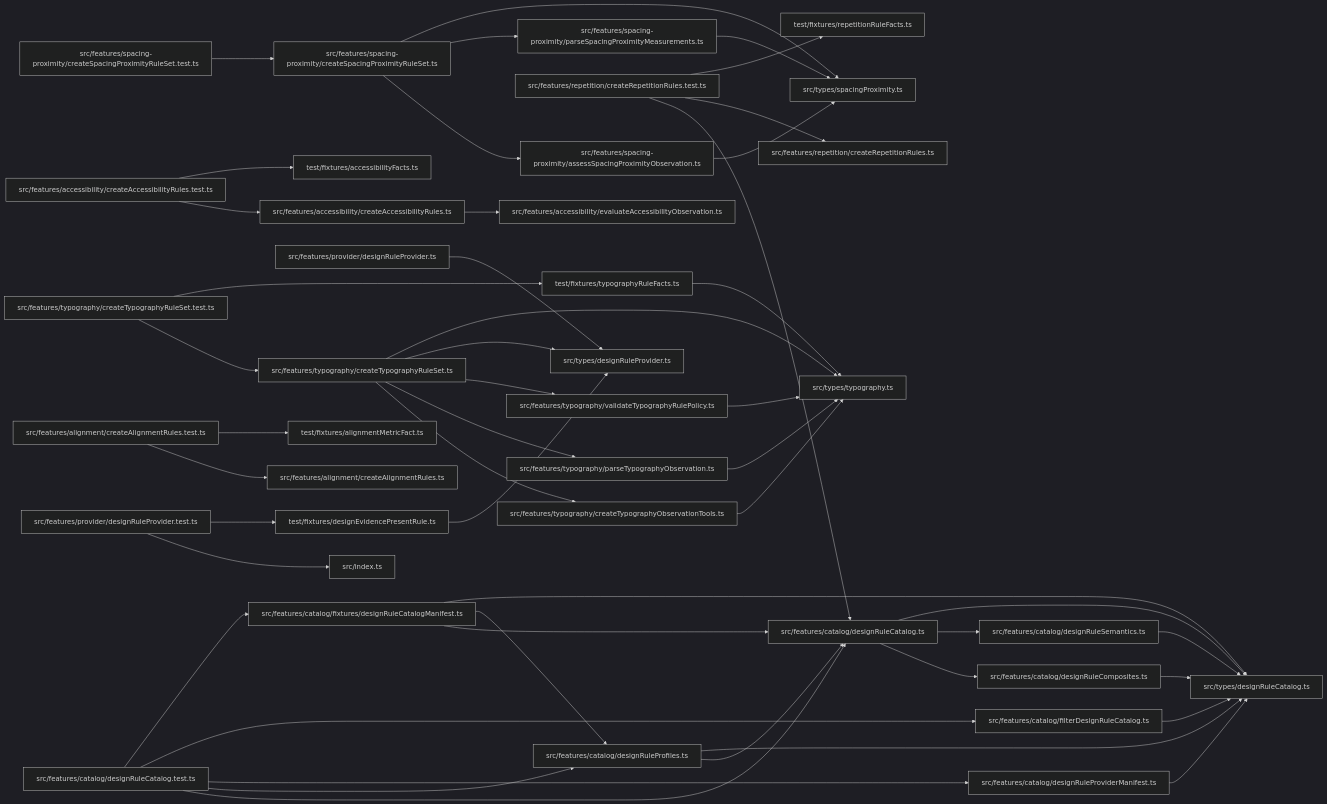
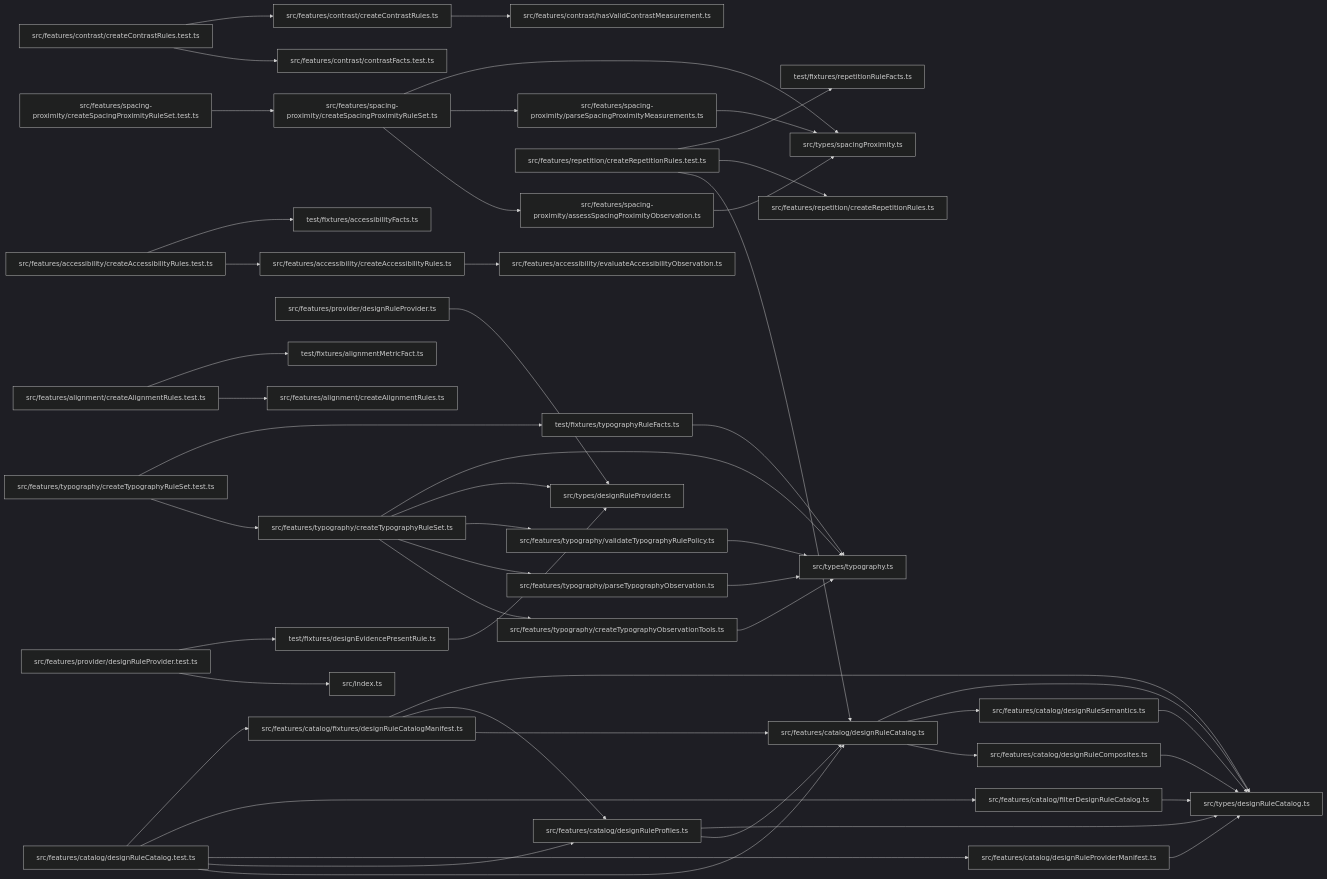
Before and after one commit to ankhorage/rules-design: the diagram in paradox/diagrams/module-relationships.mmd, drawn with Mermaid (dark theme). The commit also changed 9 other files, not shown here.

```diff
--- a/paradox/diagrams/module-relationships.mmd
+++ b/paradox/diagrams/module-relationships.mmd
@@ -1,83 +1,90 @@
 graph LR
   module_src_features_accessibility_createAccessibilityRules_test_ts["src/features/accessibility/createAccessibilityRules.test.ts"]
   module_src_features_accessibility_createAccessibilityRules_ts["src/features/accessibility/createAccessibilityRules.ts"]
   module_src_features_accessibility_evaluateAccessibilityObservation_ts["src/features/accessibility/evaluateAccessibilityObservation.ts"]
   module_src_features_alignment_createAlignmentRules_test_ts["src/features/alignment/createAlignmentRules.test.ts"]
   module_src_features_alignment_createAlignmentRules_ts["src/features/alignment/createAlignmentRules.ts"]
   module_src_features_catalog_designRuleCatalog_test_ts["src/features/catalog/designRuleCatalog.test.ts"]
   module_src_features_catalog_designRuleCatalog_ts["src/features/catalog/designRuleCatalog.ts"]
   module_src_features_catalog_designRuleComposites_ts["src/features/catalog/designRuleComposites.ts"]
   module_src_features_catalog_designRuleProfiles_ts["src/features/catalog/designRuleProfiles.ts"]
   module_src_features_catalog_designRuleProviderManifest_ts["src/features/catalog/designRuleProviderManifest.ts"]
   module_src_features_catalog_designRuleSemantics_ts["src/features/catalog/designRuleSemantics.ts"]
   module_src_features_catalog_filterDesignRuleCatalog_ts["src/features/catalog/filterDesignRuleCatalog.ts"]
   module_src_features_catalog_fixtures_designRuleCatalogManifest_ts["src/features/catalog/fixtures/designRuleCatalogManifest.ts"]
+  module_src_features_contrast_contrastFacts_test_ts["src/features/contrast/contrastFacts.test.ts"]
+  module_src_features_contrast_createContrastRules_test_ts["src/features/contrast/createContrastRules.test.ts"]
+  module_src_features_contrast_createContrastRules_ts["src/features/contrast/createContrastRules.ts"]
+  module_src_features_contrast_hasValidContrastMeasurement_ts["src/features/contrast/hasValidContrastMeasurement.ts"]
   module_src_features_provider_designRuleProvider_test_ts["src/features/provider/designRuleProvider.test.ts"]
   module_src_features_provider_designRuleProvider_ts["src/features/provider/designRuleProvider.ts"]
   module_src_features_repetition_createRepetitionRules_test_ts["src/features/repetition/createRepetitionRules.test.ts"]
   module_src_features_repetition_createRepetitionRules_ts["src/features/repetition/createRepetitionRules.ts"]
   module_src_features_spacing_proximity_assessSpacingProximityObservation_ts["src/features/spacing-proximity/assessSpacingProximityObservation.ts"]
   module_src_features_spacing_proximity_createSpacingProximityRuleSet_test_ts["src/features/spacing-proximity/createSpacingProximityRuleSet.test.ts"]
   module_src_features_spacing_proximity_createSpacingProximityRuleSet_ts["src/features/spacing-proximity/createSpacingProximityRuleSet.ts"]
   module_src_features_spacing_proximity_parseSpacingProximityMeasurements_ts["src/features/spacing-proximity/parseSpacingProximityMeasurements.ts"]
   module_src_features_typography_createTypographyObservationTools_ts["src/features/typography/createTypographyObservationTools.ts"]
   module_src_features_typography_createTypographyRuleSet_test_ts["src/features/typography/createTypographyRuleSet.test.ts"]
   module_src_features_typography_createTypographyRuleSet_ts["src/features/typography/createTypographyRuleSet.ts"]
   module_src_features_typography_parseTypographyObservation_ts["src/features/typography/parseTypographyObservation.ts"]
   module_src_features_typography_validateTypographyRulePolicy_ts["src/features/typography/validateTypographyRulePolicy.ts"]
   module_src_index_ts["src/index.ts"]
   module_src_types_designRuleCatalog_ts["src/types/designRuleCatalog.ts"]
   module_src_types_designRuleProvider_ts["src/types/designRuleProvider.ts"]
   module_src_types_spacingProximity_ts["src/types/spacingProximity.ts"]
   module_src_types_typography_ts["src/types/typography.ts"]
   module_test_fixtures_accessibilityFacts_ts["test/fixtures/accessibilityFacts.ts"]
   module_test_fixtures_alignmentMetricFact_ts["test/fixtures/alignmentMetricFact.ts"]
   module_test_fixtures_designEvidencePresentRule_ts["test/fixtures/designEvidencePresentRule.ts"]
   module_test_fixtures_repetitionRuleFacts_ts["test/fixtures/repetitionRuleFacts.ts"]
   module_test_fixtures_typographyRuleFacts_ts["test/fixtures/typographyRuleFacts.ts"]
   module_src_features_accessibility_createAccessibilityRules_test_ts --> module_src_features_accessibility_createAccessibilityRules_ts
   module_src_features_accessibility_createAccessibilityRules_test_ts --> module_test_fixtures_accessibilityFacts_ts
   module_src_features_accessibility_createAccessibilityRules_ts --> module_src_features_accessibility_evaluateAccessibilityObservation_ts
   module_src_features_alignment_createAlignmentRules_test_ts --> module_src_features_alignment_createAlignmentRules_ts
   module_src_features_alignment_createAlignmentRules_test_ts --> module_test_fixtures_alignmentMetricFact_ts
   module_src_features_catalog_designRuleCatalog_test_ts --> module_src_features_catalog_designRuleCatalog_ts
   module_src_features_catalog_designRuleCatalog_test_ts --> module_src_features_catalog_designRuleProfiles_ts
   module_src_features_catalog_designRuleCatalog_test_ts --> module_src_features_catalog_designRuleProviderManifest_ts
   module_src_features_catalog_designRuleCatalog_test_ts --> module_src_features_catalog_filterDesignRuleCatalog_ts
   module_src_features_catalog_designRuleCatalog_test_ts --> module_src_features_catalog_fixtures_designRuleCatalogManifest_ts
   module_src_features_catalog_designRuleCatalog_ts --> module_src_features_catalog_designRuleComposites_ts
   module_src_features_catalog_designRuleCatalog_ts --> module_src_features_catalog_designRuleSemantics_ts
   module_src_features_catalog_designRuleCatalog_ts --> module_src_types_designRuleCatalog_ts
   module_src_features_catalog_designRuleComposites_ts --> module_src_types_designRuleCatalog_ts
   module_src_features_catalog_designRuleProfiles_ts --> module_src_features_catalog_designRuleCatalog_ts
   module_src_features_catalog_designRuleProfiles_ts --> module_src_types_designRuleCatalog_ts
   module_src_features_catalog_designRuleProviderManifest_ts --> module_src_types_designRuleCatalog_ts
   module_src_features_catalog_designRuleSemantics_ts --> module_src_types_designRuleCatalog_ts
   module_src_features_catalog_filterDesignRuleCatalog_ts --> module_src_types_designRuleCatalog_ts
   module_src_features_catalog_fixtures_designRuleCatalogManifest_ts --> module_src_features_catalog_designRuleCatalog_ts
   module_src_features_catalog_fixtures_designRuleCatalogManifest_ts --> module_src_features_catalog_designRuleProfiles_ts
   module_src_features_catalog_fixtures_designRuleCatalogManifest_ts --> module_src_types_designRuleCatalog_ts
+  module_src_features_contrast_createContrastRules_test_ts --> module_src_features_contrast_contrastFacts_test_ts
+  module_src_features_contrast_createContrastRules_test_ts --> module_src_features_contrast_createContrastRules_ts
+  module_src_features_contrast_createContrastRules_ts --> module_src_features_contrast_hasValidContrastMeasurement_ts
   module_src_features_provider_designRuleProvider_test_ts --> module_src_index_ts
   module_src_features_provider_designRuleProvider_test_ts --> module_test_fixtures_designEvidencePresentRule_ts
   module_src_features_provider_designRuleProvider_ts --> module_src_types_designRuleProvider_ts
   module_src_features_repetition_createRepetitionRules_test_ts --> module_src_features_catalog_designRuleCatalog_ts
   module_src_features_repetition_createRepetitionRules_test_ts --> module_src_features_repetition_createRepetitionRules_ts
   module_src_features_repetition_createRepetitionRules_test_ts --> module_test_fixtures_repetitionRuleFacts_ts
   module_src_features_spacing_proximity_assessSpacingProximityObservation_ts --> module_src_types_spacingProximity_ts
   module_src_features_spacing_proximity_createSpacingProximityRuleSet_test_ts --> module_src_features_spacing_proximity_createSpacingProximityRuleSet_ts
   module_src_features_spacing_proximity_createSpacingProximityRuleSet_ts --> module_src_features_spacing_proximity_assessSpacingProximityObservation_ts
   module_src_features_spacing_proximity_createSpacingProximityRuleSet_ts --> module_src_features_spacing_proximity_parseSpacingProximityMeasurements_ts
   module_src_features_spacing_proximity_createSpacingProximityRuleSet_ts --> module_src_types_spacingProximity_ts
   module_src_features_spacing_proximity_parseSpacingProximityMeasurements_ts --> module_src_types_spacingProximity_ts
   module_src_features_typography_createTypographyObservationTools_ts --> module_src_types_typography_ts
   module_src_features_typography_createTypographyRuleSet_test_ts --> module_src_features_typography_createTypographyRuleSet_ts
   module_src_features_typography_createTypographyRuleSet_test_ts --> module_test_fixtures_typographyRuleFacts_ts
   module_src_features_typography_createTypographyRuleSet_ts --> module_src_features_typography_createTypographyObservationTools_ts
   module_src_features_typography_createTypographyRuleSet_ts --> module_src_features_typography_parseTypographyObservation_ts
   module_src_features_typography_createTypographyRuleSet_ts --> module_src_features_typography_validateTypographyRulePolicy_ts
   module_src_features_typography_createTypographyRuleSet_ts --> module_src_types_designRuleProvider_ts
   module_src_features_typography_createTypographyRuleSet_ts --> module_src_types_typography_ts
   module_src_features_typography_parseTypographyObservation_ts --> module_src_types_typography_ts
   module_src_features_typography_validateTypographyRulePolicy_ts --> module_src_types_typography_ts
   module_test_fixtures_designEvidencePresentRule_ts --> module_src_types_designRuleProvider_ts
   module_test_fixtures_typographyRuleFacts_ts --> module_src_types_typography_ts
```
